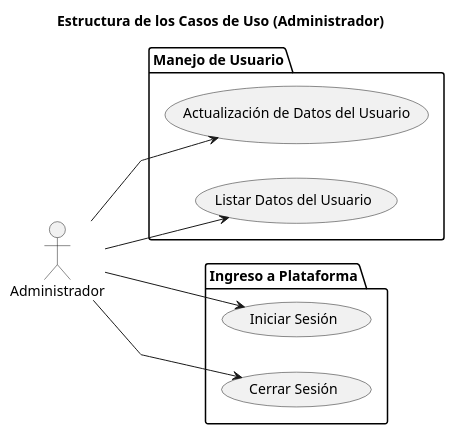
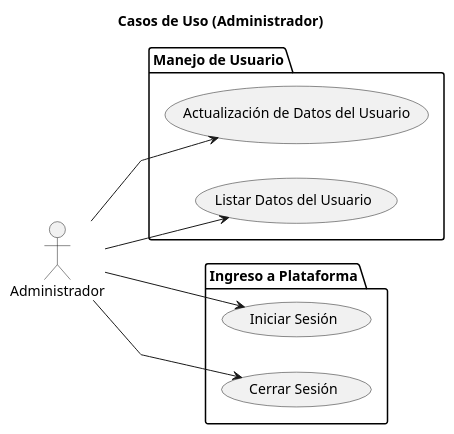
One commit to mmasias/23-24-IdSw1-SDR changed the diagram in Caso_de_Uso/Diagrama_de_Casos_de_Uso/Administrador/Manejo_Usuario/Diagrama_CdU.puml. Above: the diagram before and after it, drawn with PlantUML. The commit also changed 18 other files, not shown here.

Commit message:
Add diagrams for Egresado and Administrador use cases

```diff
--- a/Caso_de_Uso/Diagrama_de_Casos_de_Uso/Administrador/Manejo_Usuario/Diagrama_CdU.puml
+++ b/Caso_de_Uso/Diagrama_de_Casos_de_Uso/Administrador/Manejo_Usuario/Diagrama_CdU.puml
@@ -1,27 +1,27 @@
-@startuml Estructura
+@startuml Diagrama_CdU
 
-title Estructura de los Casos de Uso (Administrador)
+title Casos de Uso (Administrador)
 
 skinparam {
     NoteBackgroundColor #whiteSmoke
     NoteBorderColor #green
     linetype polyline
 }
 
 left to right direction
 
 actor Administrador
 
 folder "Manejo de Usuario" as cuentas {
     Administrador --> (Actualización de Datos del Usuario)
     Administrador --> (Listar Datos del Usuario)
 }
 
 folder "Ingreso a Plataforma" as ingreso {
     Administrador --> (Iniciar Sesión)
     Administrador --> (Cerrar Sesión)
 }
 
 
 
 @enduml
```
